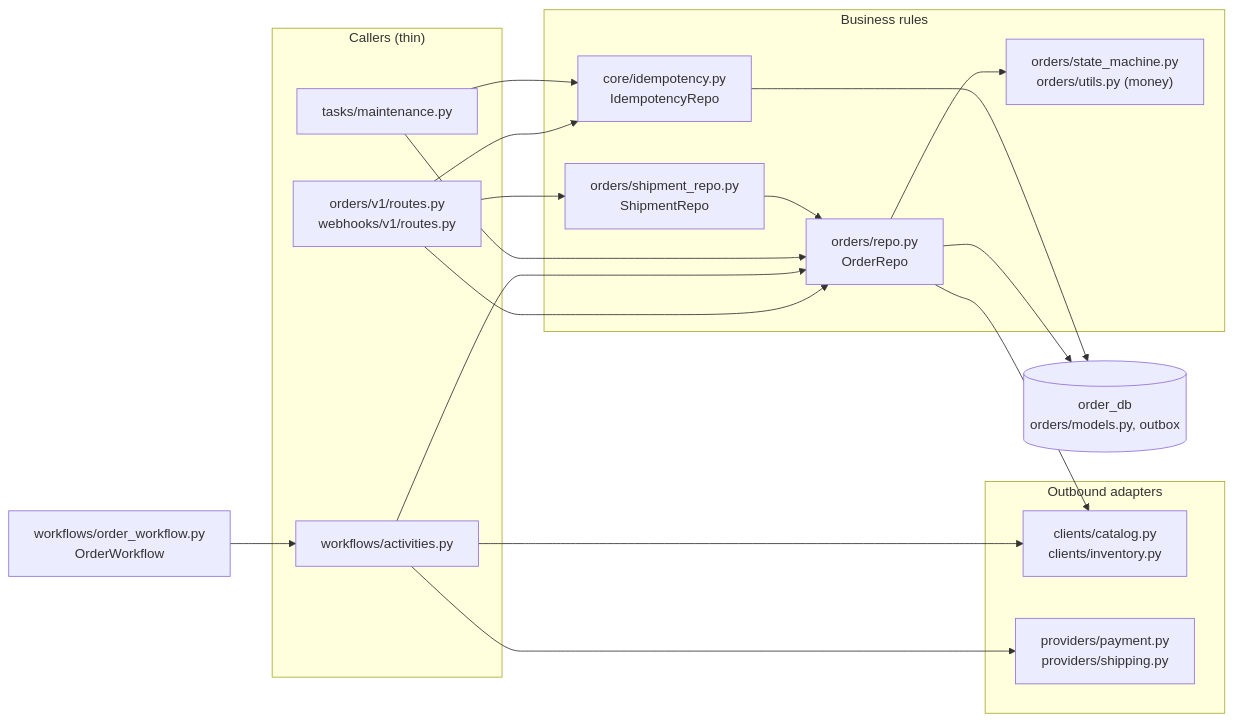
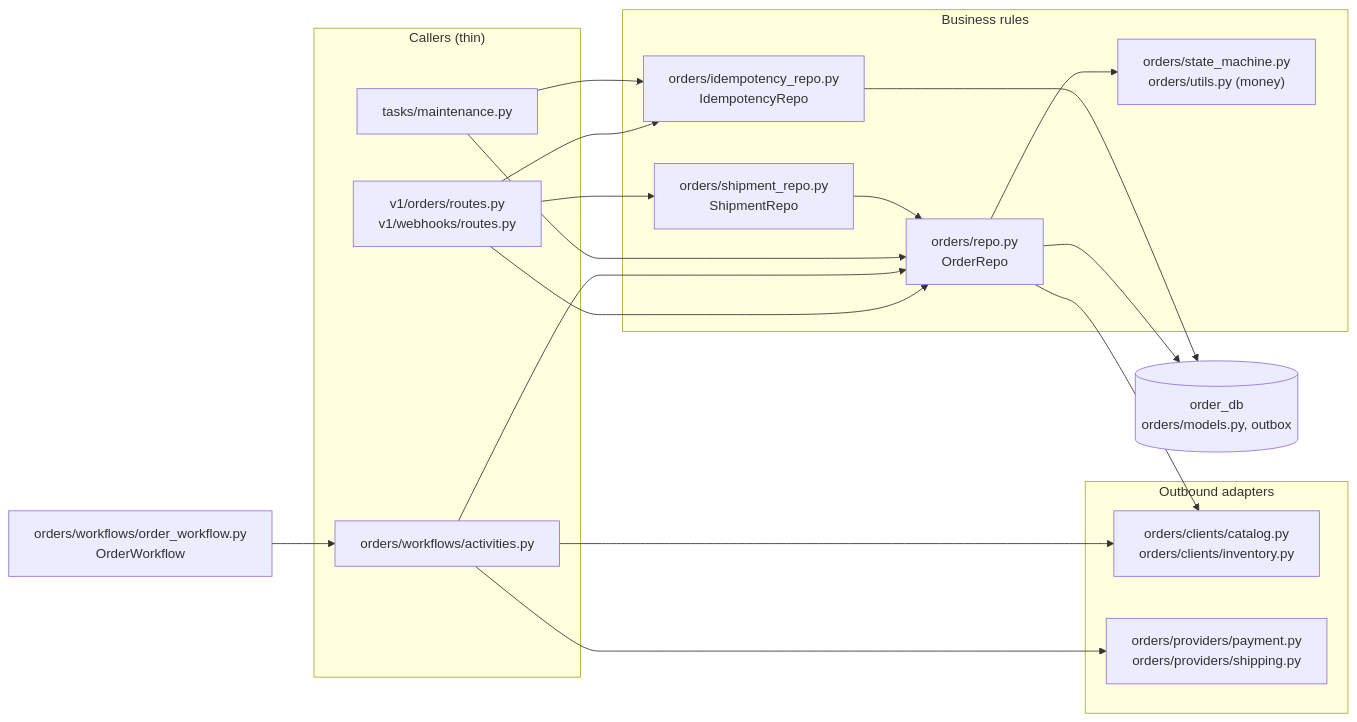
The second of 13 diagrams in docs/rfcs/0005-order-service.md (AdnanBloch/Smart-Retail), drawn with Mermaid before and after one commit. The commit also changed other lines of this file and 700 other files, not shown here.

````diff
--- a/docs/rfcs/0005-order-service.md
+++ b/docs/rfcs/0005-order-service.md
@@ -273,35 +298,35 @@
 ```mermaid
 flowchart LR
     subgraph callers["Callers (thin)"]
-        routes["orders/v1/routes.py<br/>webhooks/v1/routes.py"]
-        acts["workflows/activities.py"]
+        routes["v1/orders/routes.py<br/>v1/webhooks/routes.py"]
+        acts["orders/workflows/activities.py"]
         tasks["tasks/maintenance.py"]
     end
     subgraph rules["Business rules"]
         orepo["orders/repo.py<br/>OrderRepo"]
         srepo["orders/shipment_repo.py<br/>ShipmentRepo"]
-        irepo["core/idempotency.py<br/>IdempotencyRepo"]
+        irepo["orders/idempotency_repo.py<br/>IdempotencyRepo"]
         sm["orders/state_machine.py<br/>orders/utils.py (money)"]
     end
     subgraph edges["Outbound adapters"]
-        clients["clients/catalog.py<br/>clients/inventory.py"]
-        providers["providers/payment.py<br/>providers/shipping.py"]
+        clients["orders/clients/catalog.py<br/>orders/clients/inventory.py"]
+        providers["orders/providers/payment.py<br/>orders/providers/shipping.py"]
     end
     db[("order_db<br/>orders/models.py, outbox")]
-    wf["workflows/order_workflow.py<br/>OrderWorkflow"]
+    wf["orders/workflows/order_workflow.py<br/>OrderWorkflow"]
 
     routes --> irepo
     routes --> orepo
     routes --> srepo
     wf --> acts
     acts --> orepo
     acts --> clients
     acts --> providers
     tasks --> irepo
     tasks --> orepo
     orepo --> sm
     srepo --> orepo
     orepo --> clients
     orepo --> db
     irepo --> db
 ```
````
